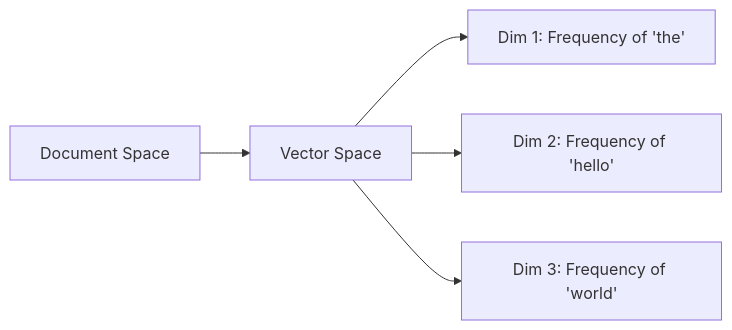
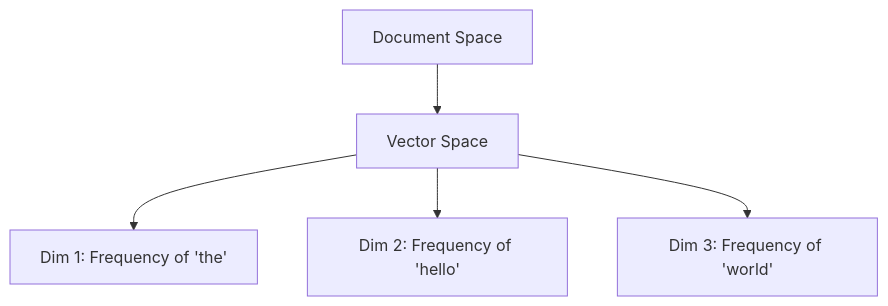
Before and after one commit to mgorav/Vectors: the first of 3 diagrams in readme.md, drawn with Mermaid. The commit also changed 1 other file, not shown here.

````diff
--- a/readme.md
+++ b/readme.md
@@ -12,8 +12,8 @@
 ```mermaid
-graph LR
+graph TD
   A[Document Space] --> B[Vector Space]
   B --> C[Dim 1: Frequency of 'the']
   B --> D[Dim 2: Frequency of 'hello']
   B --> E[Dim 3: Frequency of 'world']
 
 ```
````
